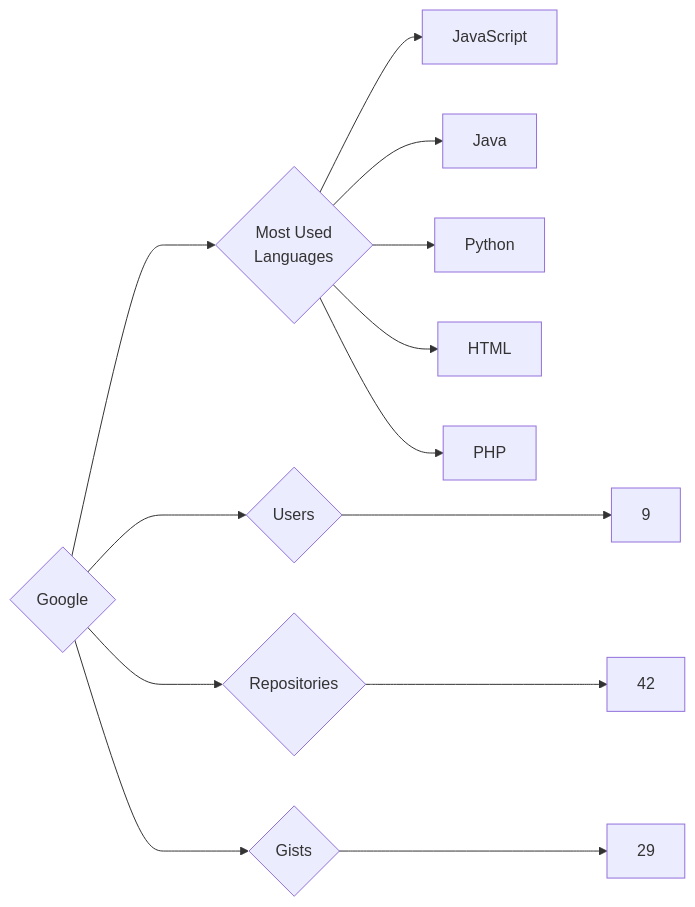
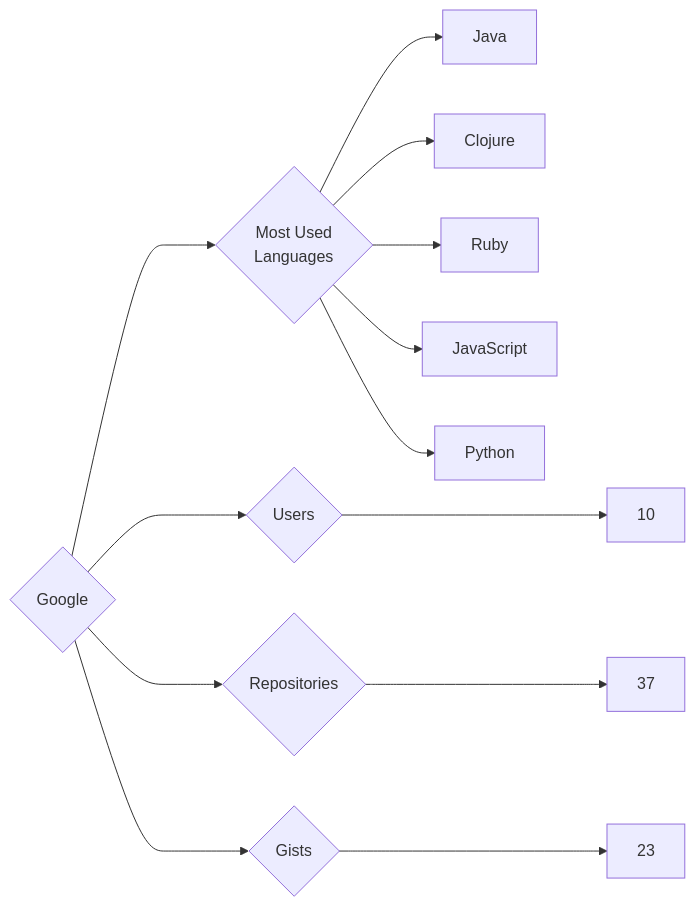
The diagram in targets/Google/README.md (trickest/insiders), drawn with Mermaid before and after one commit. The commit also changed 988 other files, not shown here.

````diff
--- a/targets/Google/README.md
+++ b/targets/Google/README.md
@@ -3,13 +3,13 @@
 ```mermaid
 graph LR
 COMPANY_NAME{Google}
-COMPANY_NAME ---> U{Users} ---> UN[9]
-COMPANY_NAME ---> R{Repositories} ---> RN[42]
-COMPANY_NAME ---> G{Gists} ---> GN[29]
+COMPANY_NAME ---> U{Users} ---> UN[10]
+COMPANY_NAME ---> R{Repositories} ---> RN[37]
+COMPANY_NAME ---> G{Gists} ---> GN[23]
 COMPANY_NAME ---> ML{Most Used<br>Languages}
+ML --> Java[Java]
+ML --> Clojure[Clojure]
+ML --> Ruby[Ruby]
 ML --> JavaScript[JavaScript]
-ML --> Java[Java]
 ML --> Python[Python]
-ML --> HTML[HTML]
-ML --> PHP[PHP]
 ```
````
